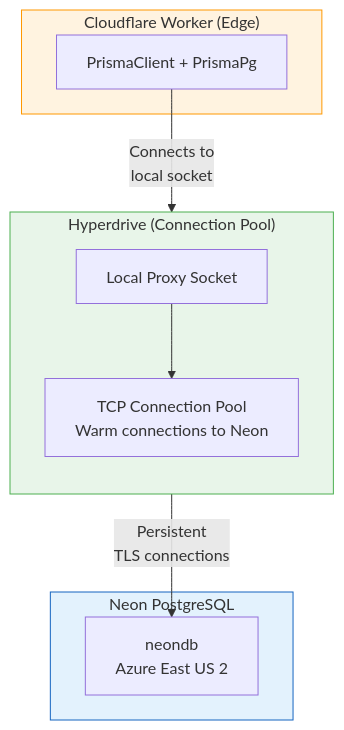
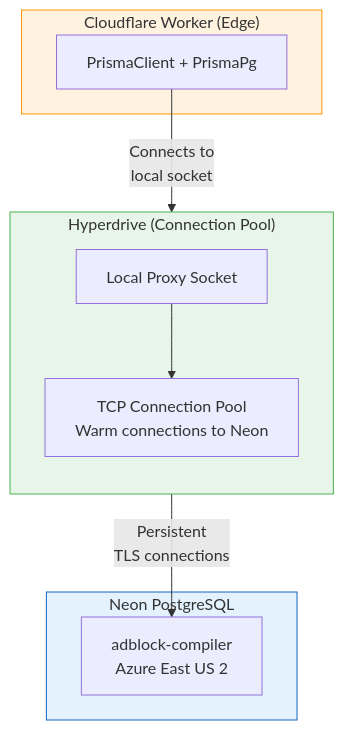
The second of 3 diagrams in docs/database-setup/neon-setup.md (jaypatrick/adblock-compiler), drawn with Mermaid before and after one commit. The commit also changed other lines of this file and 7 other files, not shown here.

First line of the commit message:
fix: correct Neon db name to adblock-compiler, parent branch to production, add P3009 recovery and cheat sheet

````diff
--- a/docs/database-setup/neon-setup.md
+++ b/docs/database-setup/neon-setup.md
@@ -109,24 +117,24 @@
 ```mermaid
 flowchart TB
     subgraph Worker["Cloudflare Worker (Edge)"]
         P["PrismaClient + PrismaPg"]
     end
 
     subgraph HD["Hyperdrive (Connection Pool)"]
         direction TB
         LP["Local Proxy Socket"]
         Pool["TCP Connection Pool<br/>Warm connections to Neon"]
     end
 
     subgraph Neon["Neon PostgreSQL"]
-        DB["neondb<br/>Azure East US 2"]
+        DB["adblock-compiler<br/>Azure East US 2"]
     end
 
     P -->|"Connects to<br/>local socket"| LP
     LP --> Pool
     Pool -->|"Persistent<br/>TLS connections"| DB
 
     style Worker fill:#fff3e0,stroke:#FF9800
     style HD fill:#e8f5e9,stroke:#4CAF50
     style Neon fill:#e3f2fd,stroke:#1565C0
 ```
````
